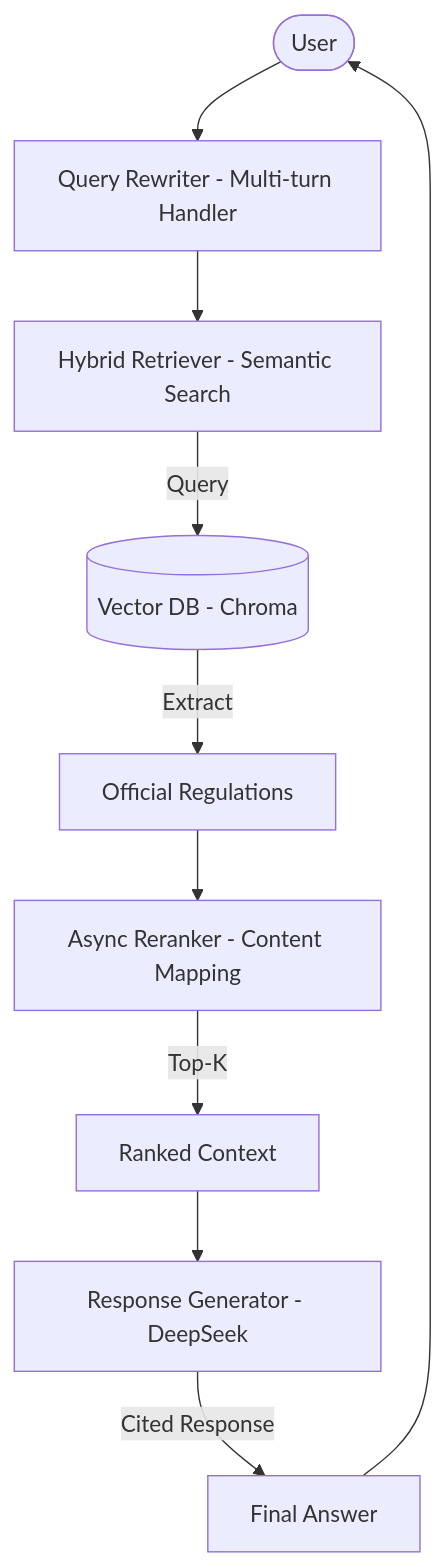
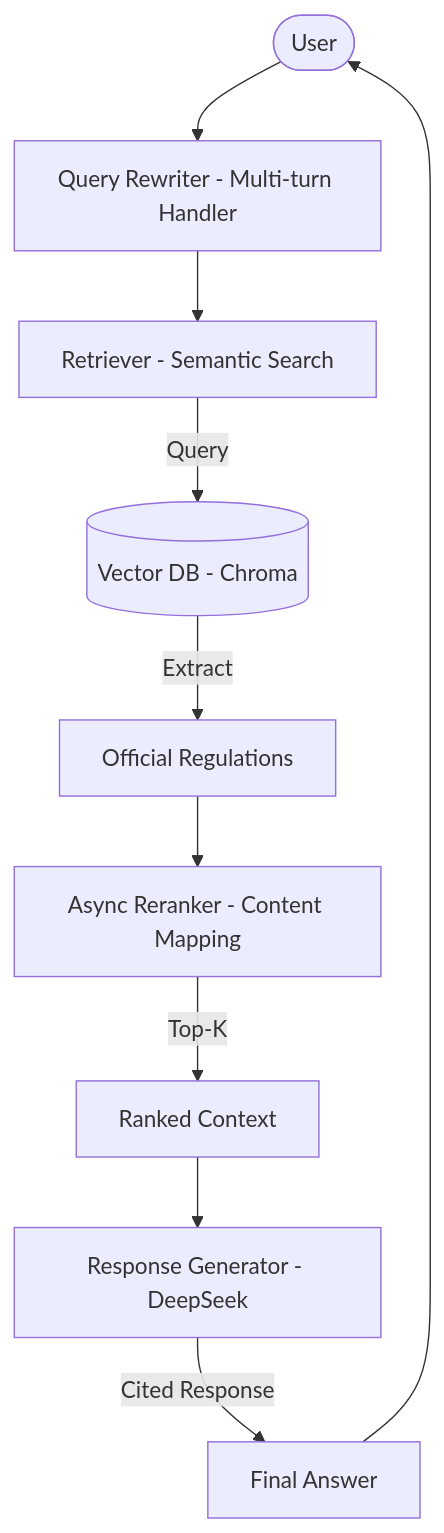
One commit to DiamondHoang/University-academic-regulations-rag changed the diagram in README.md. Above: the diagram before and after it, drawn with Mermaid.

Commit message:
update: fix README

````diff
--- a/README.md
+++ b/README.md
@@ -33,12 +33,12 @@
 ```mermaid
 graph TD
     User([User]) --> Rewriter[Query Rewriter - Multi-turn Handler]
-    Rewriter --> Ret[Hybrid Retriever - Semantic Search]
+    Rewriter --> Ret[Retriever - Semantic Search]
     Ret -->|Query| VDB[(Vector DB - Chroma)]
     VDB -->|Extract| Docs[Official Regulations]
     Docs --> RR[Async Reranker - Content Mapping]
     RR -->|Top-K| Context[Ranked Context]
     Context --> Gen[Response Generator - DeepSeek]
     Gen -->|Cited Response| Ans[Final Answer]
     Ans --> User
 ```
````
